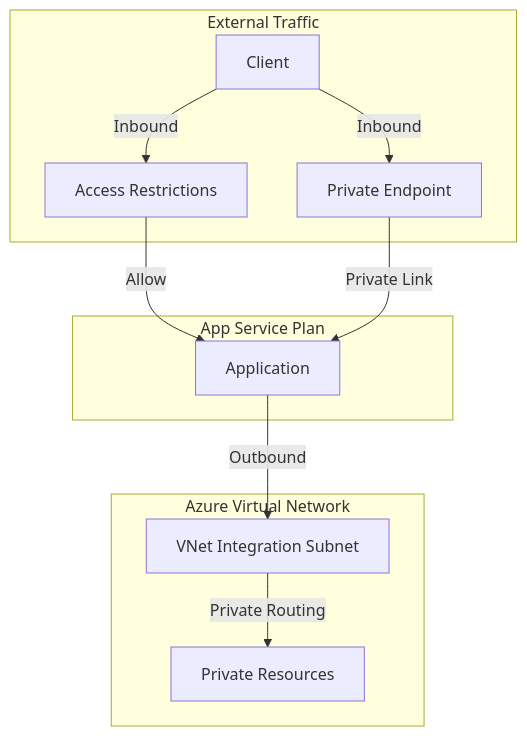
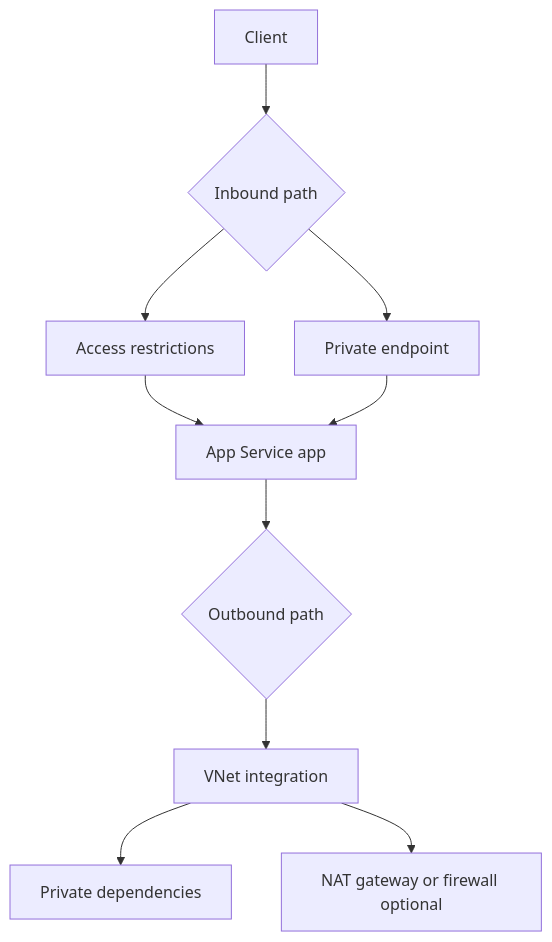
The first of 3 diagrams in docs/operations/networking.md (yeongseon/azure-app-service-practical-guide), drawn with Mermaid before and after one commit. The commit also changed other lines of this file, not shown here.

````diff
--- a/docs/operations/networking.md
+++ b/docs/operations/networking.md
@@ -25,18 +62,12 @@
 ```mermaid
-graph TD
-    subgraph "External Traffic"
-        Client[Client] -- Inbound --> Restrictions[Access Restrictions]
-        Client -- Inbound --> PE[Private Endpoint]
-    end
-    subgraph "App Service Plan"
-        App[Application]
-    end
-    subgraph "Azure Virtual Network"
-        Integration[VNet Integration Subnet]
-        Resources[Private Resources]
-    end
-    Restrictions -- Allow --> App
-    PE -- Private Link --> App
-    App -- Outbound --> Integration
-    Integration -- Private Routing --> Resources
+flowchart TD
+    Client[Client] --> Inbound{Inbound path}
+    Inbound --> Access[Access restrictions]
+    Inbound --> PrivateEndpoint[Private endpoint]
+    Access --> App[App Service app]
+    PrivateEndpoint --> App
+    App --> Outbound{Outbound path}
+    Outbound --> VNetIntegration[VNet integration]
+    VNetIntegration --> PrivateDeps[Private dependencies]
+    VNetIntegration --> NatOrFirewall[NAT gateway or firewall optional]
 ```
````
